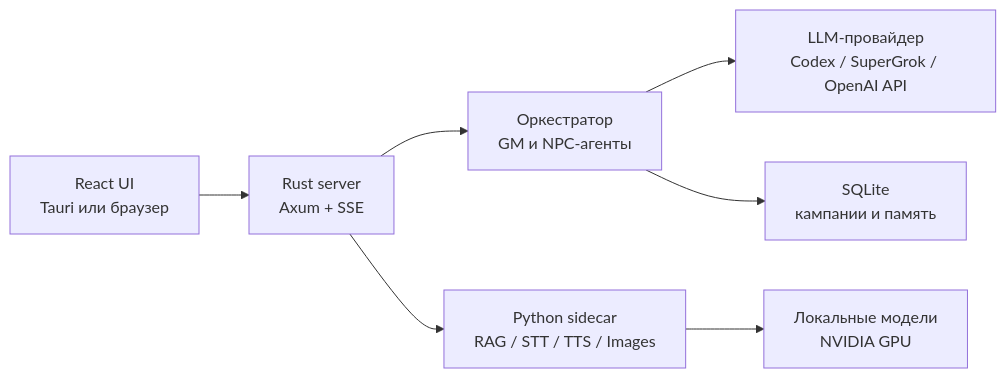
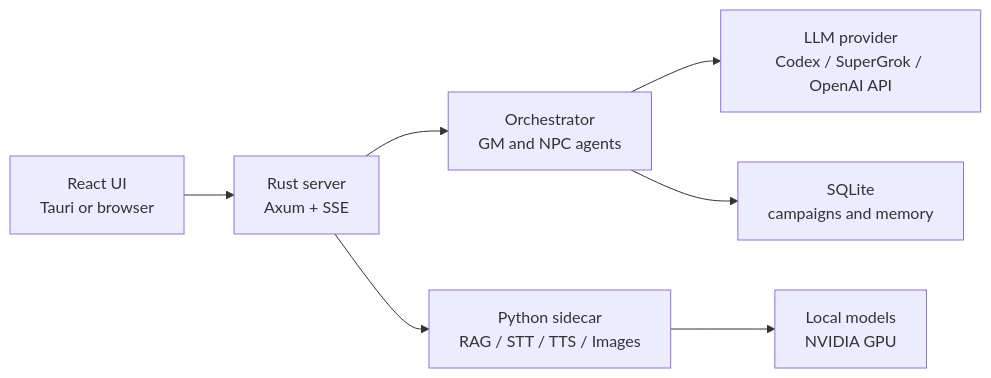
Before and after one commit to IGRINI/gm-lab: the diagram in README.md, drawn with Mermaid. The commit also changed other lines of this file and 54 other files, not shown here.

````diff
--- a/README.md
+++ b/README.md
@@ -171,9 +173,9 @@
 ```mermaid
 flowchart LR
-    UI["React UI<br/>Tauri или браузер"] --> API["Rust server<br/>Axum + SSE"]
-    API --> GM["Оркестратор<br/>GM и NPC-агенты"]
-    GM --> LLM["LLM-провайдер<br/>Codex / SuperGrok / OpenAI API"]
-    GM --> DB["SQLite<br/>кампании и память"]
+    UI["React UI<br/>Tauri or browser"] --> API["Rust server<br/>Axum + SSE"]
+    API --> GM["Orchestrator<br/>GM and NPC agents"]
+    GM --> LLM["LLM provider<br/>Codex / SuperGrok / OpenAI API"]
+    GM --> DB["SQLite<br/>campaigns and memory"]
     API --> SIDE["Python sidecar<br/>RAG / STT / TTS / Images"]
-    SIDE --> GPU["Локальные модели<br/>NVIDIA GPU"]
+    SIDE --> GPU["Local models<br/>NVIDIA GPU"]
 ```
````
